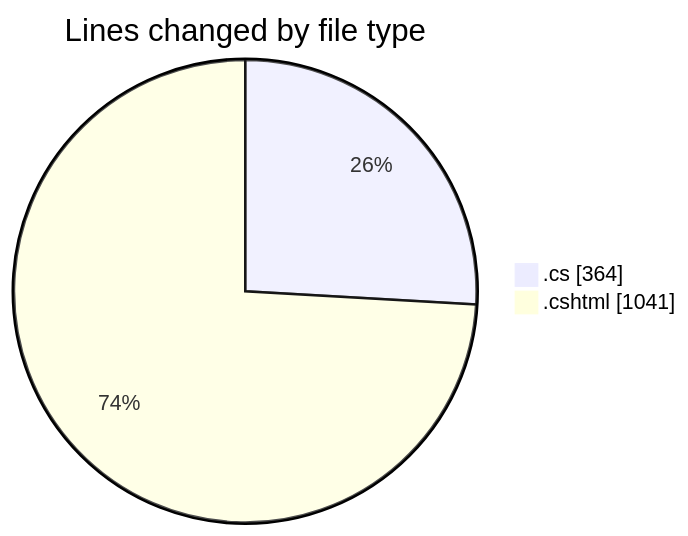
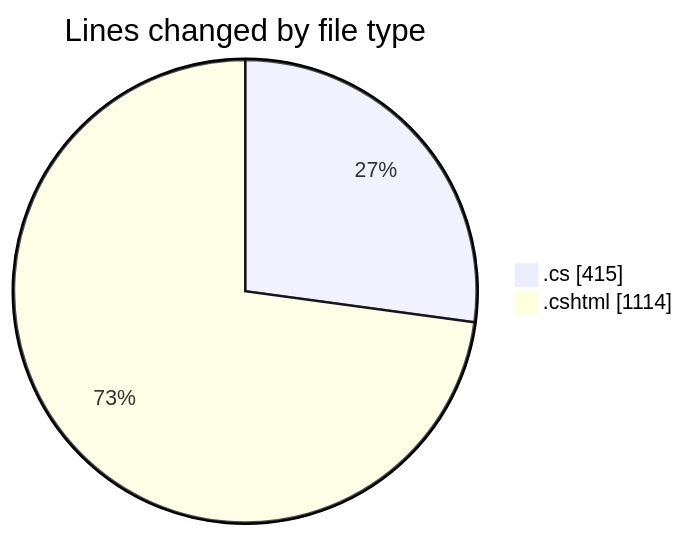
The first of 2 diagrams in 2025-07-16/nhahang/README.md (lephambinh05/code-tracking), drawn with Mermaid before and after one commit. The commit also changed other lines of this file and 1 other file, not shown here.

````diff
--- a/2025-07-16/nhahang/README.md
+++ b/2025-07-16/nhahang/README.md
@@ -47,6 +48,6 @@
 ```mermaid
 pie showData
 title Lines changed by file type
-".cs" : 364
-".cshtml" : 1041
+".cs" : 415
+".cshtml" : 1114
 ```
````
